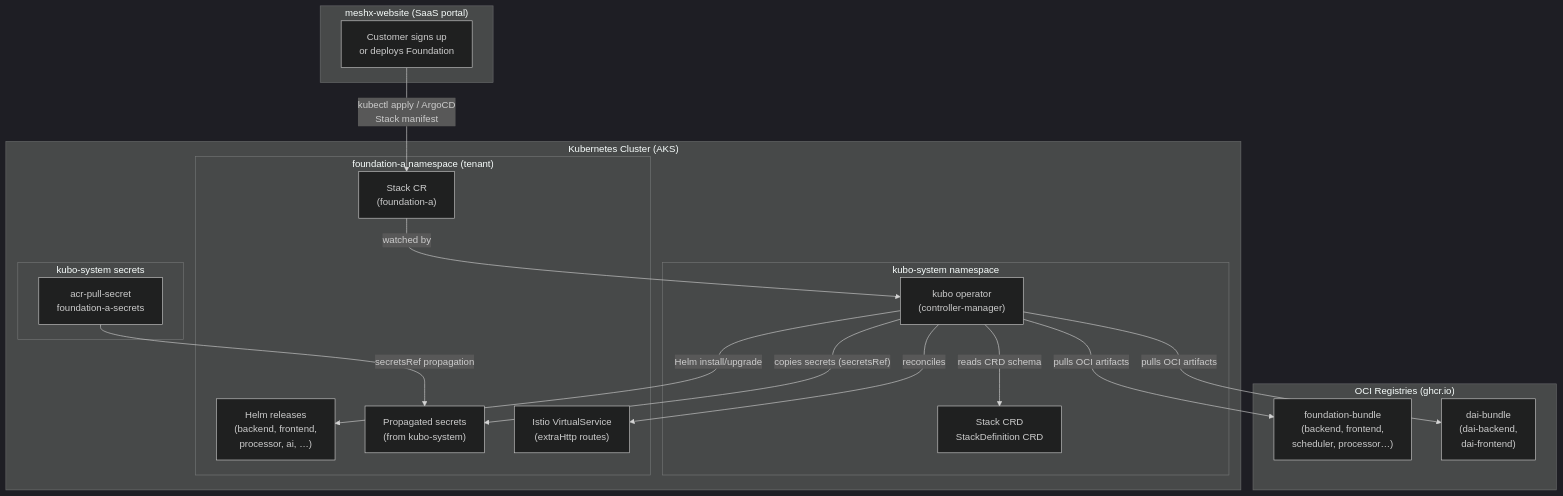
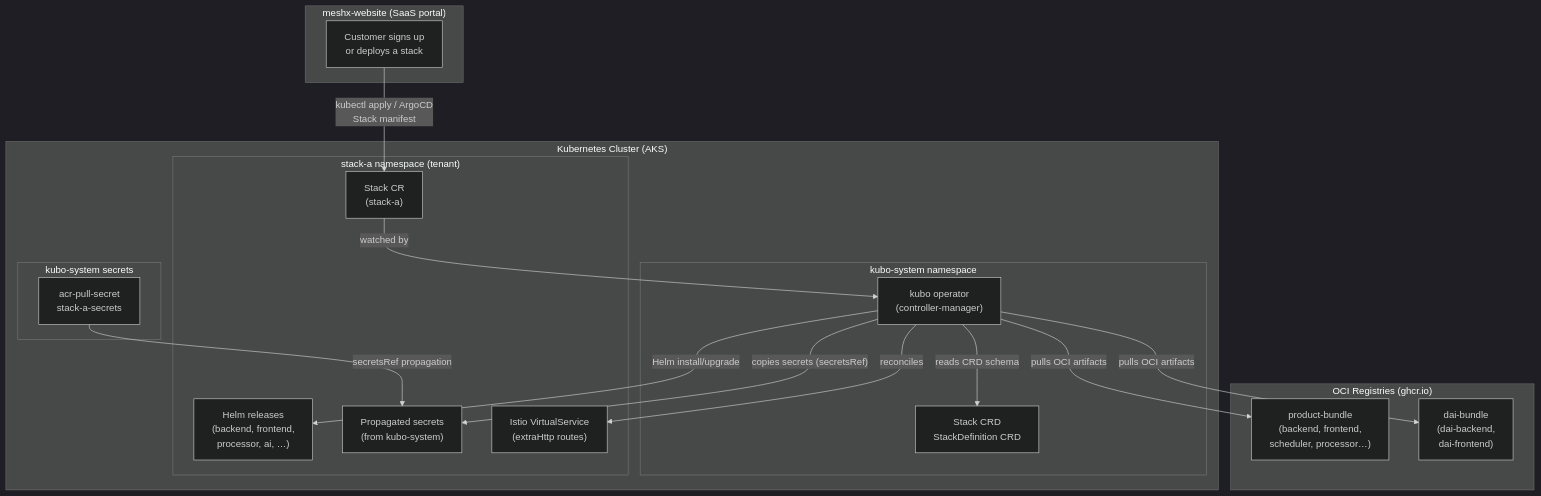
The diagram in docs/architecture.md (einyx/kubify), drawn with Mermaid (dark theme) before and after one commit. The commit also changed 32 other files, not shown here.

````diff
--- a/docs/architecture.md
+++ b/docs/architecture.md
@@ -3,39 +3,39 @@
 ```mermaid
 flowchart TD
     subgraph Website["meshx-website (SaaS portal)"]
-        WEB["Customer signs up\nor deploys Foundation"]
+        WEB["Customer signs up\nor deploys a stack"]
     end
 
     subgraph K8s["Kubernetes Cluster (AKS)"]
         subgraph KuboNS["kubo-system namespace"]
             OP["kubo operator\n(controller-manager)"]
             CRDS["Stack CRD\nStackDefinition CRD"]
         end
 
-        subgraph TenantNS["foundation-a namespace (tenant)"]
-            STACK["Stack CR\n(foundation-a)"]
+        subgraph TenantNS["stack-a namespace (tenant)"]
+            STACK["Stack CR\n(stack-a)"]
             HELM["Helm releases\n(backend, frontend,\nprocessor, ai, …)"]
             SECRETS["Propagated secrets\n(from kubo-system)"]
             VS["Istio VirtualService\n(extraHttp routes)"]
         end
 
         subgraph KuboSys["kubo-system secrets"]
-            PULL["acr-pull-secret\nfoundation-a-secrets"]
+            PULL["acr-pull-secret\nstack-a-secrets"]
         end
     end
 
     subgraph OCI["OCI Registries (ghcr.io)"]
-        FBUNDLE["foundation-bundle\n(backend, frontend,\nscheduler, processor…)"]
+        FBUNDLE["product-bundle\n(backend, frontend,\nscheduler, processor…)"]
         DAIBUNDLE["dai-bundle\n(dai-backend,\ndai-frontend)"]
     end
 
     WEB -->|"kubectl apply / ArgoCD\nStack manifest"| STACK
     STACK -->|"watched by"| OP
     OP -->|"reads CRD schema"| CRDS
     OP -->|"pulls OCI artifacts"| FBUNDLE
     OP -->|"pulls OCI artifacts"| DAIBUNDLE
     OP -->|"Helm install/upgrade"| HELM
     OP -->|"copies secrets (secretsRef)"| SECRETS
     OP -->|"reconciles"| VS
     PULL -->|"secretsRef propagation"| SECRETS
 ```
````
